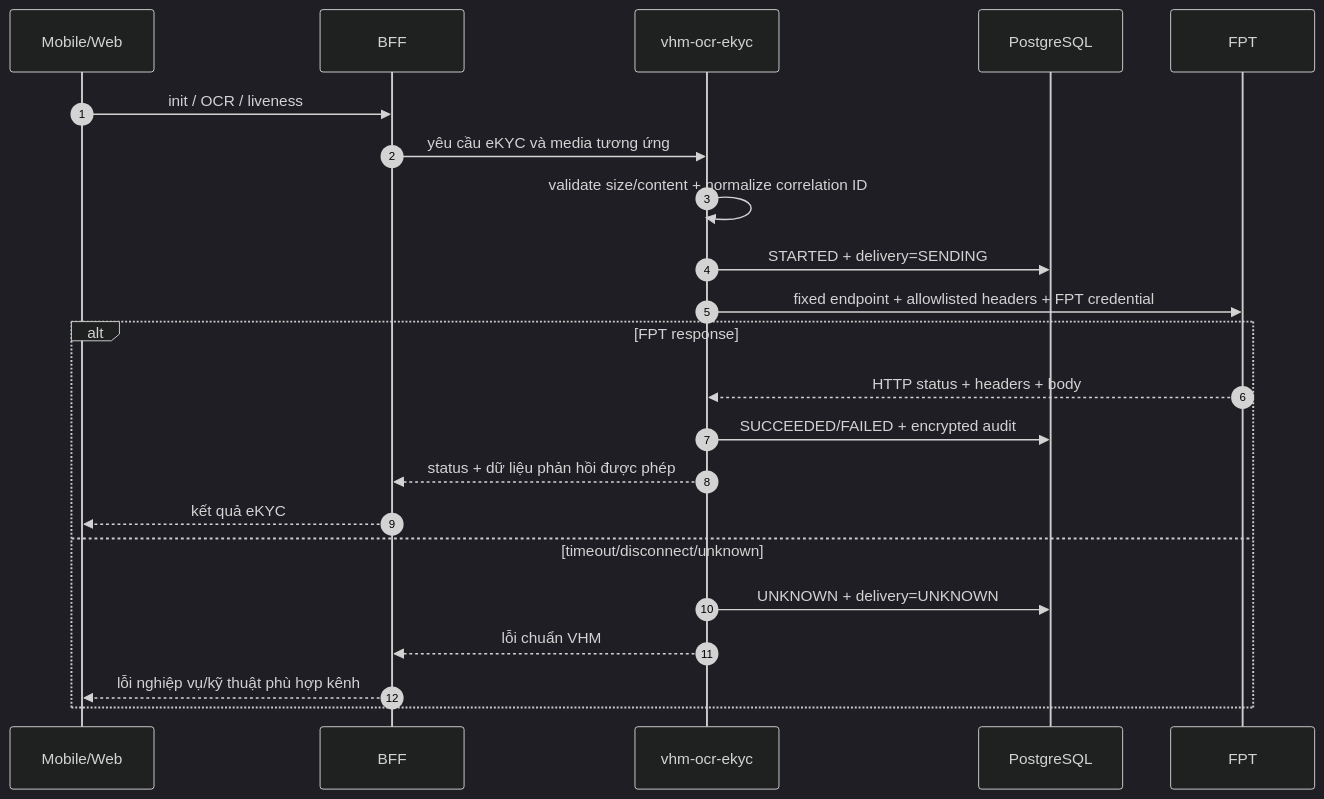
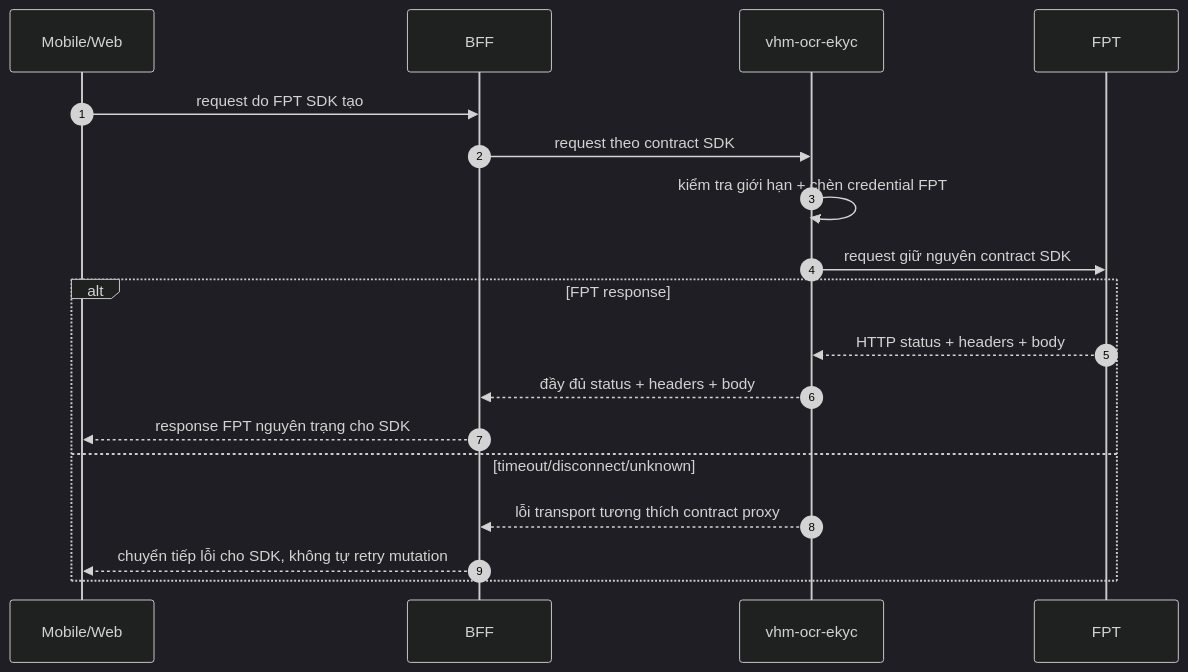
One commit to huynv-xyz/vhm changed diagram 11 of 12 in tdd-ocr-ekyc.md. Above: the diagram before and after it, drawn with Mermaid (dark theme). The commit also changed other lines of this file, not shown here.

````diff
--- a/tdd-ocr-ekyc.md
+++ b/tdd-ocr-ekyc.md
@@ -963,25 +959,21 @@
 ```mermaid
 sequenceDiagram
     autonumber
     participant C as Mobile/Web
     participant B as BFF
     participant E as vhm-ocr-ekyc
-    participant D as PostgreSQL
     participant F as FPT
 
-    C->>B: init / OCR / liveness
-    B->>E: yêu cầu eKYC và media tương ứng
-    E->>E: validate size/content + normalize correlation ID
-    E->>D: STARTED + delivery=SENDING
-    E->>F: fixed endpoint + allowlisted headers + FPT credential
+    C->>B: request do FPT SDK tạo
+    B->>E: request theo contract SDK
+    E->>E: kiểm tra giới hạn + chèn credential FPT
+    E->>F: request giữ nguyên contract SDK
     alt FPT response
         F-->>E: HTTP status + headers + body
-        E->>D: SUCCEEDED/FAILED + encrypted audit
-        E-->>B: status + dữ liệu phản hồi được phép
-        B-->>C: kết quả eKYC
+        E-->>B: đầy đủ status + headers + body
+        B-->>C: response FPT nguyên trạng cho SDK
     else timeout/disconnect/unknown
-        E->>D: UNKNOWN + delivery=UNKNOWN
-        E-->>B: lỗi chuẩn VHM
-        B-->>C: lỗi nghiệp vụ/kỹ thuật phù hợp kênh
+        E-->>B: lỗi transport tương thích contract proxy
+        B-->>C: chuyển tiếp lỗi cho SDK, không tự retry mutation
     end
 ```
````
